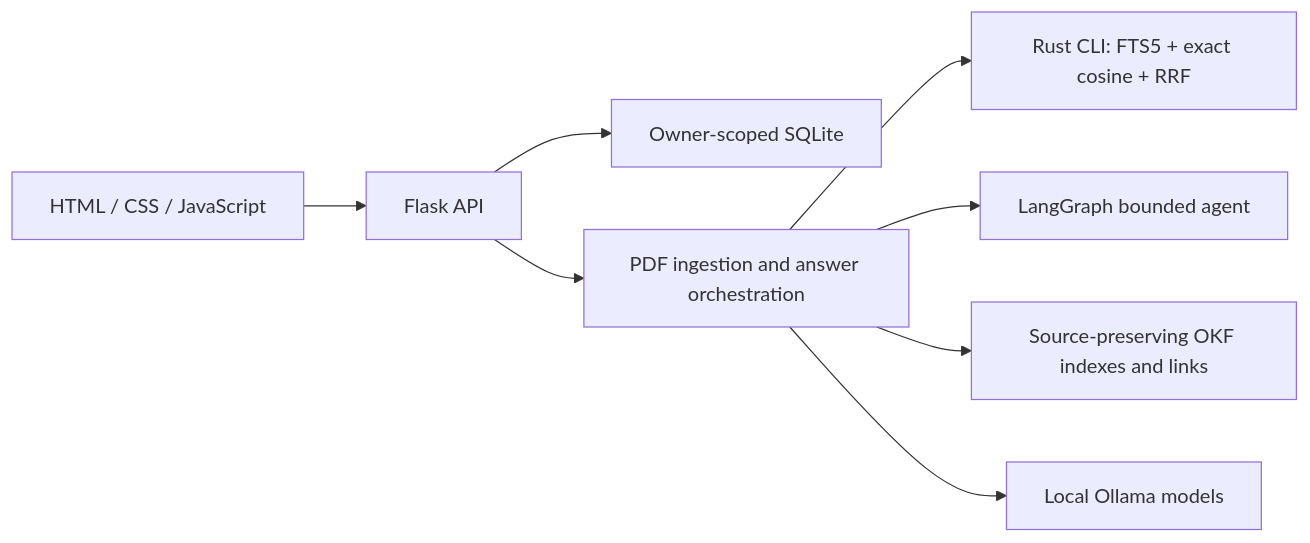
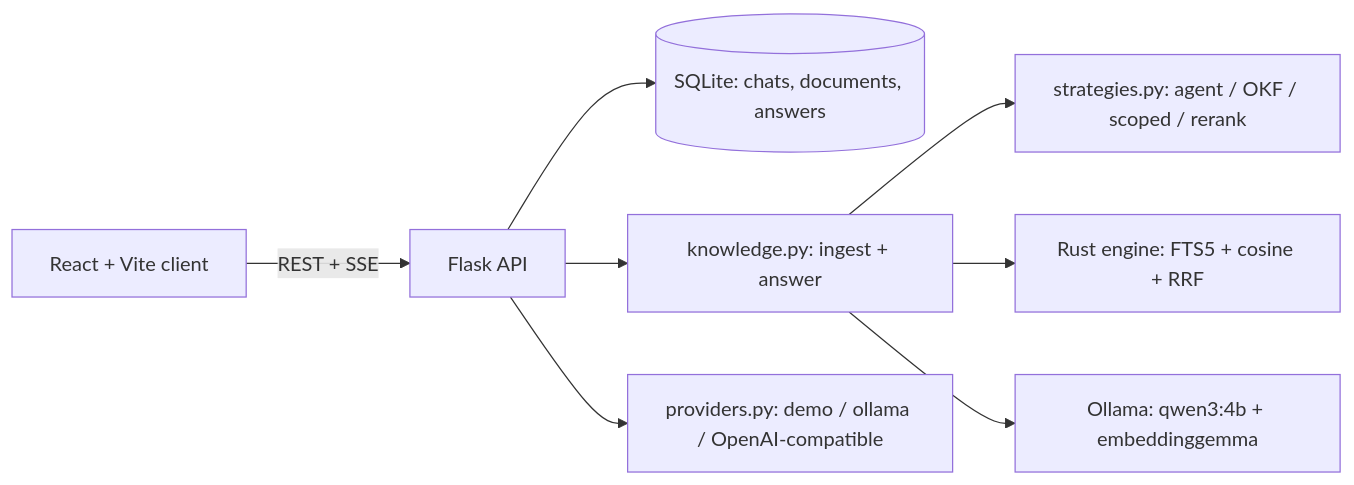
The diagram in README.md (adhvikrayaprolu/chatbot-app), drawn with Mermaid before and after one commit. The commit also changed other lines of this file and 4 other files, not shown here.

First line of the commit message:
Rewrite README and agent guide for the current product; add roadmap

````diff
--- a/README.md
+++ b/README.md
@@ -33,10 +29,10 @@
 ```mermaid
 flowchart LR
-  UI[HTML / CSS / JavaScript] --> App[Flask API]
-  App --> Store[Owner-scoped SQLite]
-  App --> Python[PDF ingestion and answer orchestration]
-  Python --> Rust[Rust CLI: FTS5 + exact cosine + RRF]
-  Python --> Graph[LangGraph bounded agent]
-  Python --> OKF[Source-preserving OKF indexes and links]
-  Python --> Ollama[Local Ollama models]
+  Web["React + Vite client"] -- "REST + SSE" --> API["Flask API"]
+  API --> Store[("SQLite: chats, documents, answers")]
+  API --> K["knowledge.py: ingest + answer"]
+  K --> S["strategies.py: agent / OKF / scoped / rerank"]
+  K --> R["Rust engine: FTS5 + cosine + RRF"]
+  K --> O["Ollama: qwen3:4b + embeddinggemma"]
+  API --> P["providers.py: demo / ollama / OpenAI-compatible"]
 ```
````
